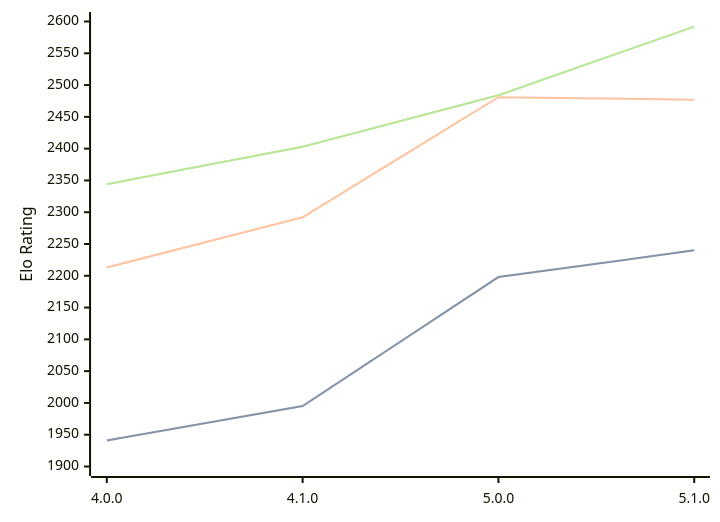
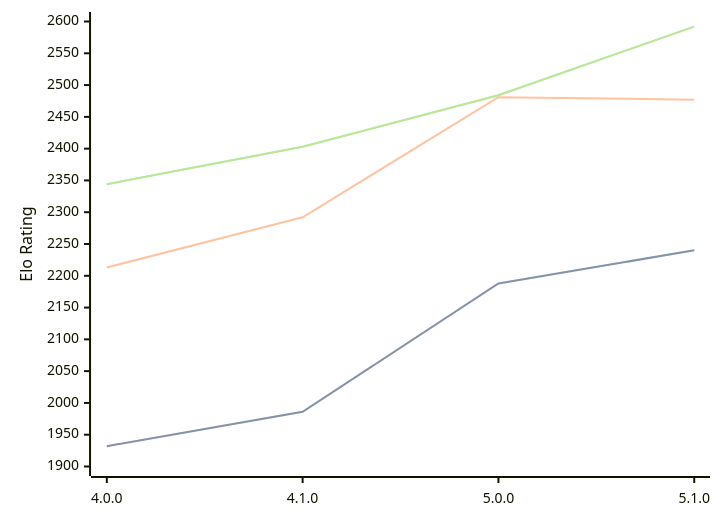
The diagram in engines/Aconcagua.md (computer-chess-index/cci), drawn with Mermaid before and after one commit. The commit also changed other lines of this file, not shown here.

````diff
--- a/engines/Aconcagua.md
+++ b/engines/Aconcagua.md
@@ -41,11 +41,11 @@
 ```mermaid
 %%{init: {"theme":"base","themeVariables":{"seriesColors:['#a3a3a3','#222221','#faa371']}}}%%
 xychart-beta
   x-axis ["4.0.0", "4.1.0", "5.0.0", "5.1.0"]
   y-axis "Elo Rating" 1900 --> 2600
-  line "STC (8.0+0.08s)" [1941, 1995, 2198, 2240]
-  line "STC (8.0+0.08s)" [1941, 1995, 2198, 2240]
+  line "STC (8.0+0.08s)" [1932, 1986, 2188, 2240]
+  line "STC (8.0+0.08s)" [1932, 1986, 2188, 2240]
   line "LTC (60.0+0.60s)" [2213, 2292, 2481, 2477]
   line "VLTC (2m24s+1.12s)" [2344, 2403, 2484, 2592]
   line "VLTC (2m24s+1.12s)" [2344, 2403, 2484, 2592]
 ```
````
